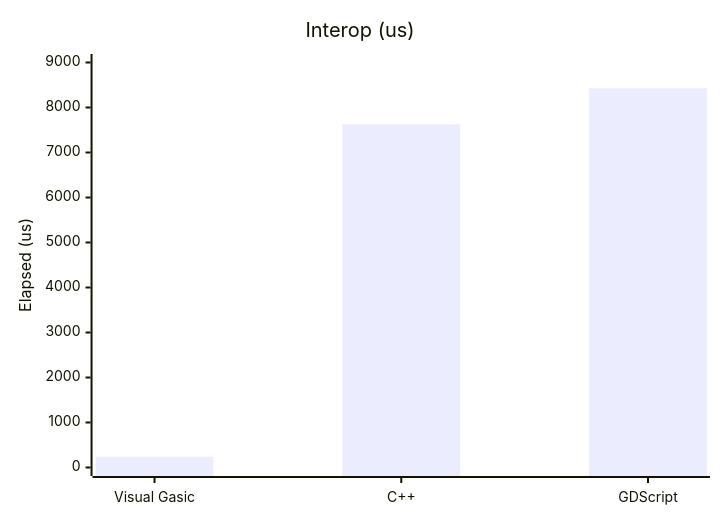
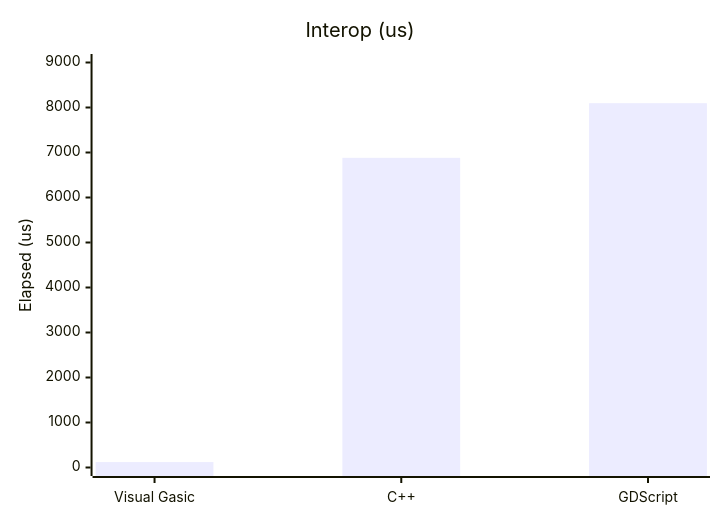
The fourth of 11 diagrams in docs/manual/performance.md (xgreenrx-star/VisualGasic), drawn with Mermaid before and after one commit. The commit also changed other lines of this file and 3 other files, not shown here.

````diff
--- a/docs/manual/performance.md
+++ b/docs/manual/performance.md
@@ -105,7 +113,7 @@
 ```mermaid
 xychart-beta
     title "Interop (us)"
     x-axis ["Visual Gasic","C++","GDScript"]
     y-axis "Elapsed (us)" 0 --> 9000
-    bar [238,7626,8427]
+    bar [120,6882,8096]
 ```
````
